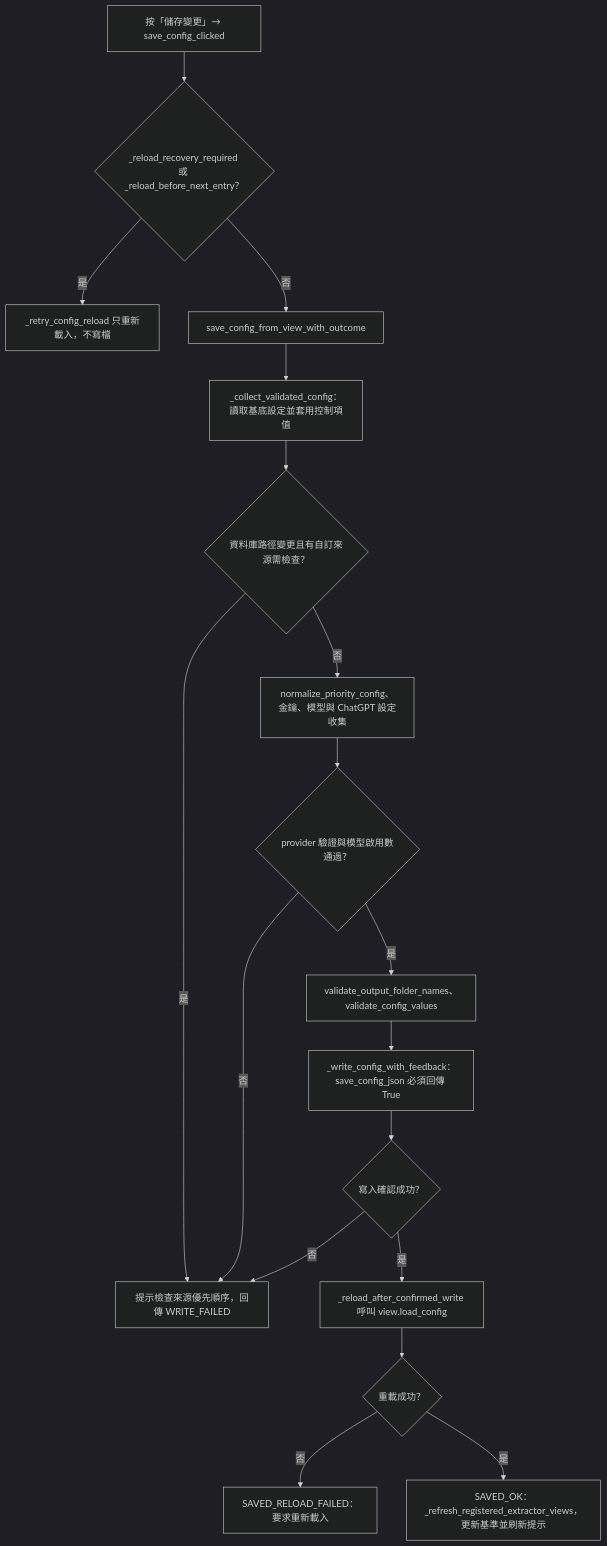
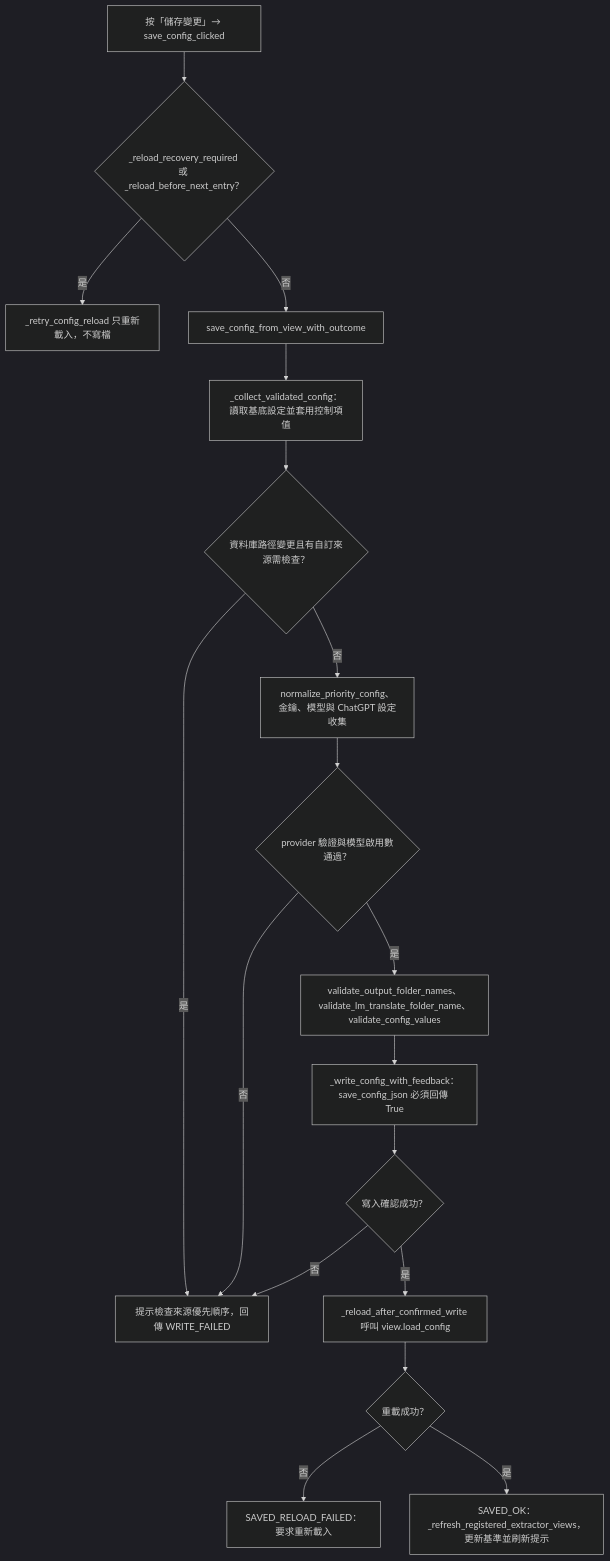
One commit to jlin53882/Minecraft-translate changed the third of 4 diagrams in docs/page_flows/config.md. Above: the diagram before and after it, drawn with Mermaid (dark theme). The commit also changed other lines of this file and 7 other files, not shown here.

First line of the commit message:
fix(config): accept only a single folder name for the LM output folder

````diff
--- a/docs/page_flows/config.md
+++ b/docs/page_flows/config.md
@@ -50,20 +50,20 @@
 ```mermaid
 flowchart TD
     A["按「儲存變更」→ save_config_clicked"] --> B{"_reload_recovery_required 或 _reload_before_next_entry？"}
     B -- 是 --> C["_retry_config_reload 只重新載入，不寫檔"]
     B -- 否 --> D["save_config_from_view_with_outcome"]
     D --> E["_collect_validated_config：讀取基底設定並套用控制項值"]
     E --> F{"資料庫路徑變更且有自訂來源需檢查？"}
     F -- 是 --> G["提示檢查來源優先順序，回傳 WRITE_FAILED"]
     F -- 否 --> H["normalize_priority_config、金鑰、模型與 ChatGPT 設定收集"]
     H --> I{"provider 驗證與模型啟用數通過？"}
     I -- 否 --> G
-    I -- 是 --> J["validate_output_folder_names、validate_config_values"]
+    I -- 是 --> J["validate_output_folder_names、validate_lm_translate_folder_name、validate_config_values"]
     J --> K["_write_config_with_feedback：save_config_json 必須回傳 True"]
     K --> L{"寫入確認成功？"}
     L -- 否 --> G
     L -- 是 --> M["_reload_after_confirmed_write 呼叫 view.load_config"]
     M --> N{"重載成功？"}
     N -- 否 --> O["SAVED_RELOAD_FAILED：要求重新載入"]
     N -- 是 --> P["SAVED_OK：_refresh_registered_extractor_views，更新基準並刷新提示"]
 ```
````
